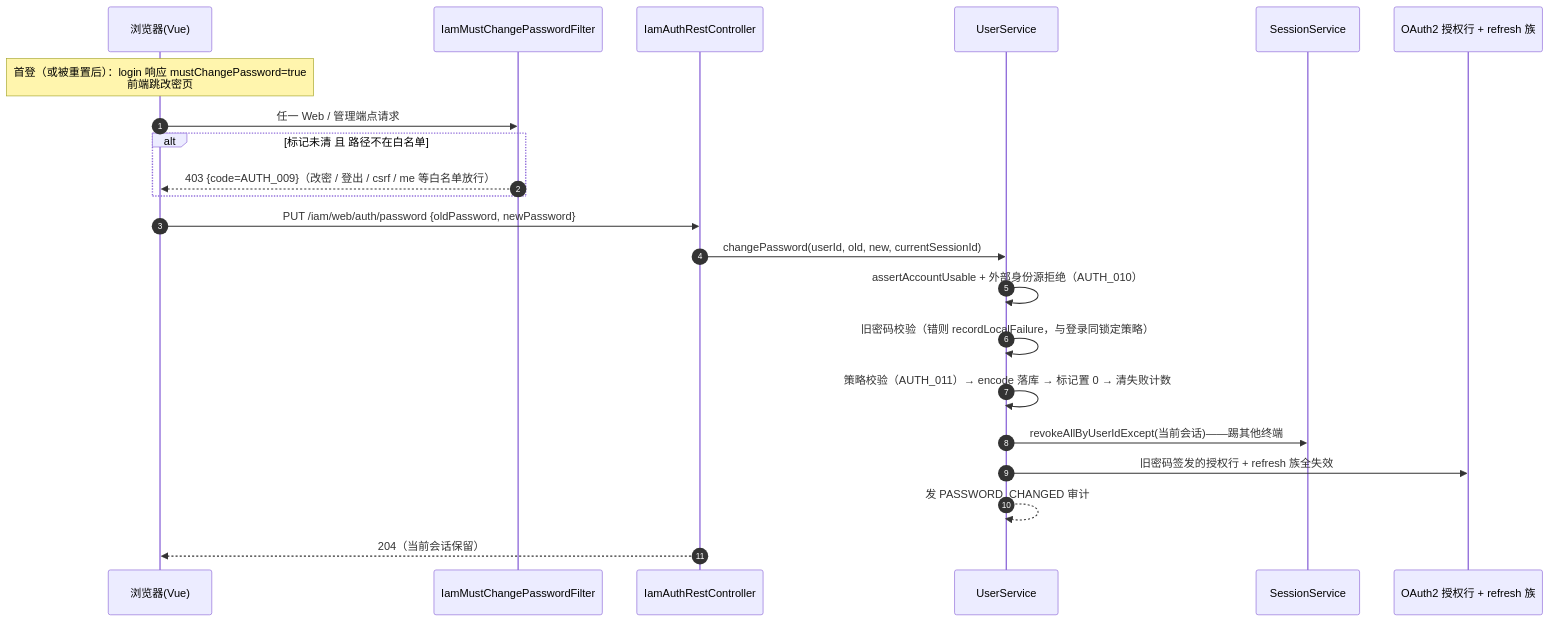
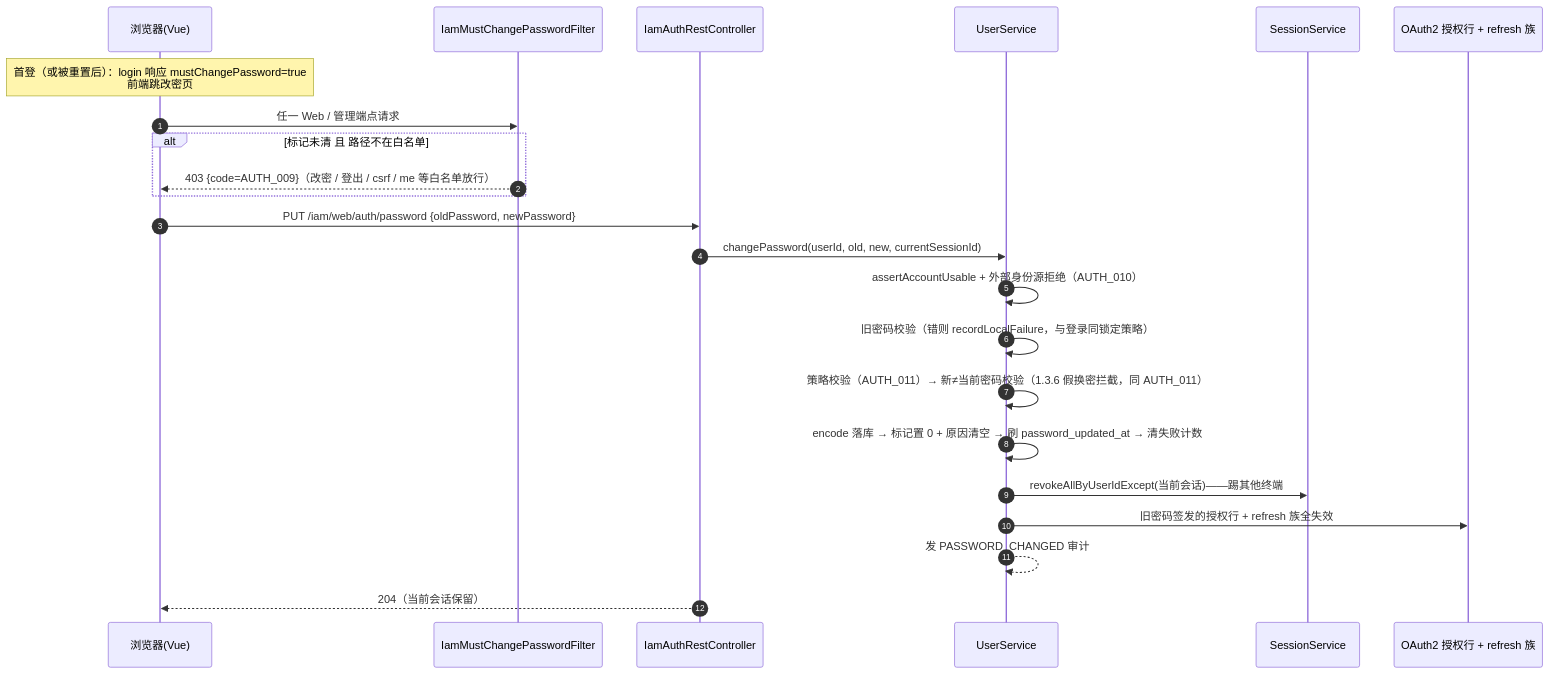
One commit to Sure-Zzzzzz/normal-sdks changed the second of 8 diagrams in sdk/auth/iam/server/simple-iam-server-starter/docs/领域文档/登录认证与会话.md. Above: the diagram before and after it, drawn with Mermaid. The commit also changed other lines of this file and 29 other files, not shown here.

````diff
--- a/sdk/auth/iam/server/simple-iam-server-starter/docs/领域文档/登录认证与会话.md
+++ b/sdk/auth/iam/server/simple-iam-server-starter/docs/领域文档/登录认证与会话.md
@@ -81,25 +83,26 @@
 ```mermaid
 sequenceDiagram
     autonumber
     participant B as 浏览器(Vue)
     participant F as IamMustChangePasswordFilter
     participant C as IamAuthRestController
     participant U as UserService
     participant SS as SessionService
     participant O as OAuth2 授权行 + refresh 族
 
     Note over B: 首登（或被重置后）：login 响应 mustChangePassword=true<br/>前端跳改密页
     B->>F: 任一 Web / 管理端点请求
     alt 标记未清 且 路径不在白名单
         F-->>B: 403 {code=AUTH_009}（改密 / 登出 / csrf / me 等白名单放行）
     end
     B->>C: PUT /iam/web/auth/password {oldPassword, newPassword}
     C->>U: changePassword(userId, old, new, currentSessionId)
     U->>U: assertAccountUsable + 外部身份源拒绝（AUTH_010）
     U->>U: 旧密码校验（错则 recordLocalFailure，与登录同锁定策略）
-    U->>U: 策略校验（AUTH_011）→ encode 落库 → 标记置 0 → 清失败计数
+    U->>U: 策略校验（AUTH_011）→ 新≠当前密码校验（1.3.6 假换密拦截，同 AUTH_011）
+    U->>U: encode 落库 → 标记置 0 + 原因清空 → 刷 password_updated_at → 清失败计数
     U->>SS: revokeAllByUserIdExcept(当前会话)——踢其他终端
     U->>O: 旧密码签发的授权行 + refresh 族全失效
     U-->>U: 发 PASSWORD_CHANGED 审计
     C-->>B: 204（当前会话保留）
 ```
````
